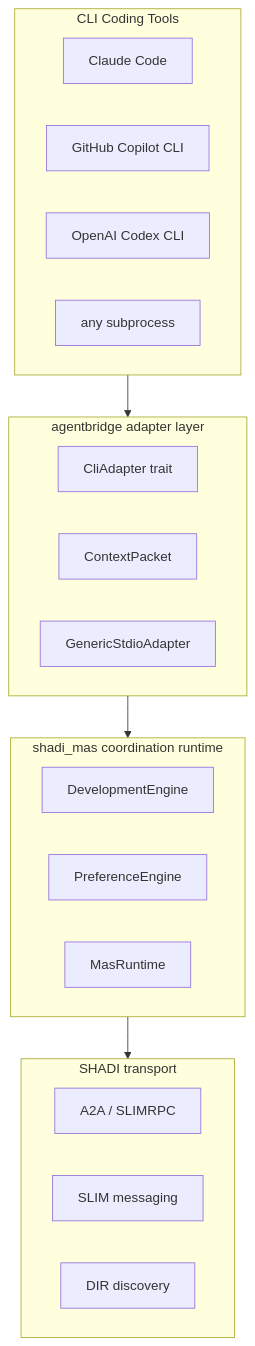
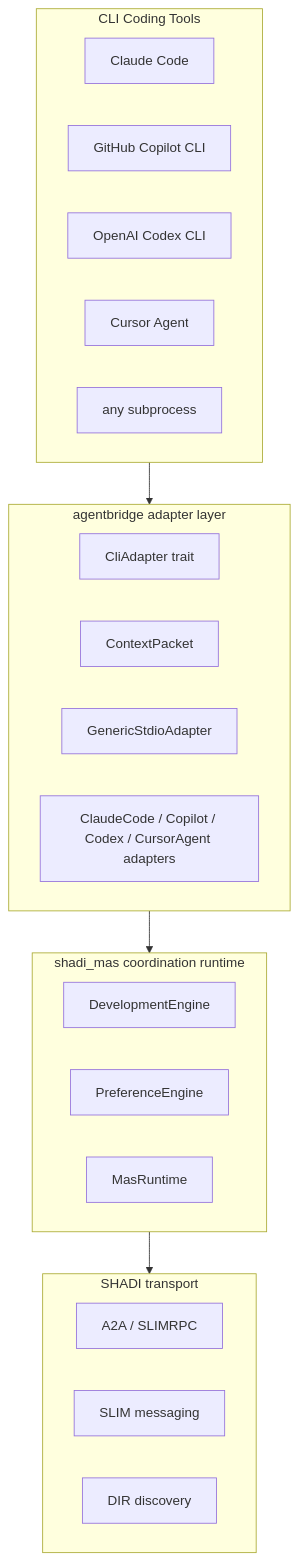
The diagram in docs/agentbridge.md (agntcy/shadi), drawn with Mermaid before and after one commit. The commit also changed other lines of this file and 4 other files, not shown here.

````diff
--- a/docs/agentbridge.md
+++ b/docs/agentbridge.md
@@ -24,31 +24,33 @@
 ```mermaid
 flowchart TB
   subgraph Tools[CLI Coding Tools]
     Claude[Claude Code]
     Copilot[GitHub Copilot CLI]
     Codex[OpenAI Codex CLI]
+    Cursor[Cursor Agent]
     Custom[any subprocess]
   end
 
   subgraph Bridge[agentbridge adapter layer]
     Adapter[CliAdapter trait]
     Packet[ContextPacket]
     Generic[GenericStdioAdapter]
+    Native[ClaudeCode / Copilot / Codex / CursorAgent adapters]
   end
 
   subgraph Coordination[shadi_mas coordination runtime]
     Dev[DevelopmentEngine]
     Pref[PreferenceEngine]
     Runtime[MasRuntime]
   end
 
   subgraph Transport[SHADI transport]
     A2A[A2A / SLIMRPC]
     SLIM[SLIM messaging]
     DIR[DIR discovery]
   end
 
   Tools --> Bridge
   Bridge --> Coordination
   Coordination --> Transport
 ```
````
